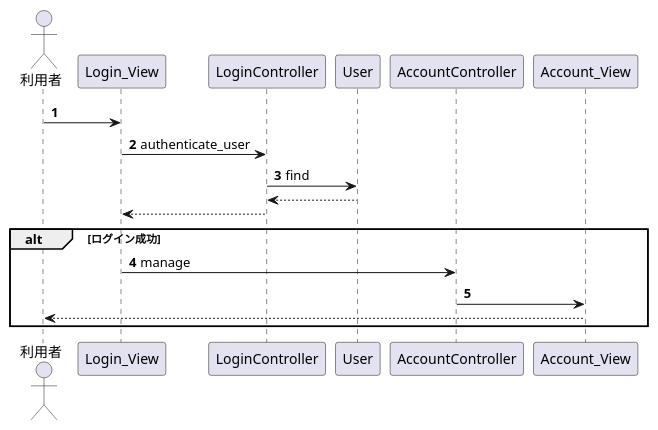
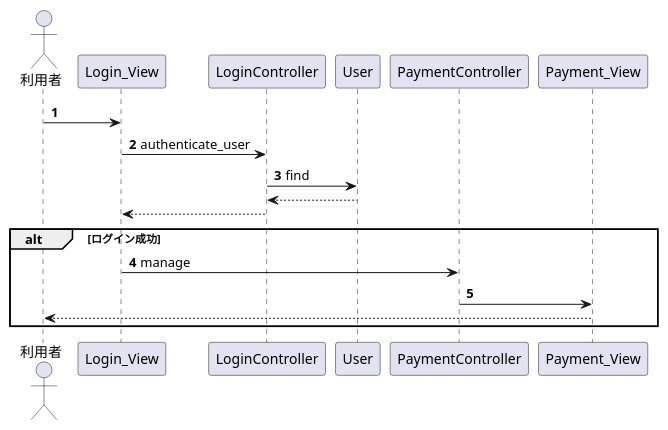
Before and after one commit to Leonis0813/chort: the second of 8 diagrams in algieba/sphinx/internal.rst, drawn with PlantUML. The commit also changed other lines of this file and 2 other files, not shown here.

```diff
--- a/algieba/sphinx/internal.rst
+++ b/algieba/sphinx/internal.rst
@@ -147,21 +147,21 @@
 .. uml::
 
    autonumber
 
    actor 利用者
    利用者 -> Login_View
    Login_View -> LoginController : authenticate_user
    LoginController -> User : find
 
    autonumber stop
    User --> LoginController
    LoginController --> Login_View
 
    alt ログイン成功
      autonumber resume
-     Login_View -> AccountController : manage
-     AccountController -> Account_View
+     Login_View -> PaymentController : manage
+     PaymentController -> Payment_View
 
      autonumber stop
-     Account_View --> 利用者
+     Payment_View --> 利用者
    end
```
